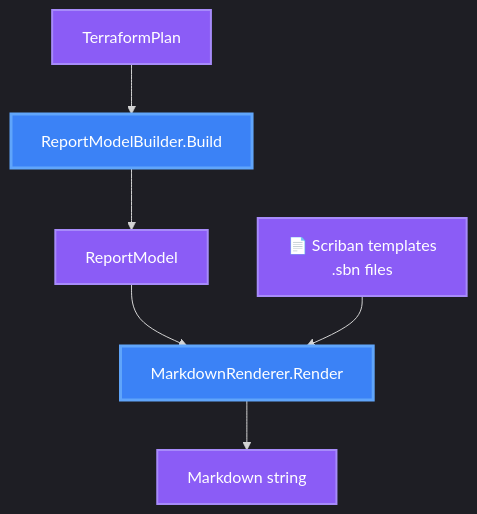
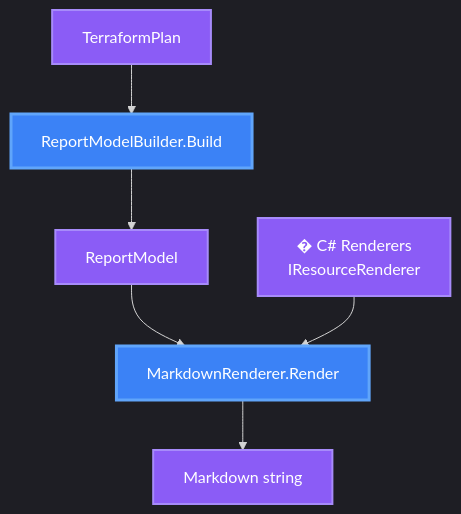
The fifth of 17 diagrams in docs/architecture.md (oocx/tfplan2md), drawn with Mermaid before and after one commit. The commit also changed other lines of this file and 23 other files, not shown here.

````diff
--- a/docs/architecture.md
+++ b/docs/architecture.md
@@ -485,22 +481,22 @@
 ```mermaid
 %%{init: {'theme':'dark', 'themeVariables': { 'fontSize':'16px', 'fontFamily':'ui-sans-serif, system-ui, sans-serif'}}}%%
 flowchart TD
     classDef dataNode fill:#8b5cf6,stroke:#a78bfa,stroke-width:2px,color:#ffffff
     classDef processNode fill:#3b82f6,stroke:#60a5fa,stroke-width:3px,color:#ffffff
     
     Plan[TerraformPlan]
     Builder[ReportModelBuilder.Build]
     Model[ReportModel]
     Renderer[MarkdownRenderer.Render]
-    Templates[📄 Scriban templates<br/>.sbn files]
+    Templates[� C# Renderers<br/>IResourceRenderer]
     Output[Markdown string]
     
     Plan --> Builder
     Builder --> Model
     Model --> Renderer
     Templates --> Renderer
     Renderer --> Output
     
     class Plan,Model,Templates,Output dataNode
     class Builder,Renderer processNode
 ```
````
